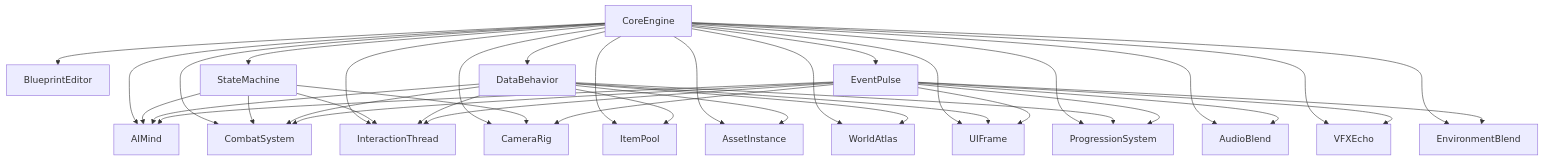
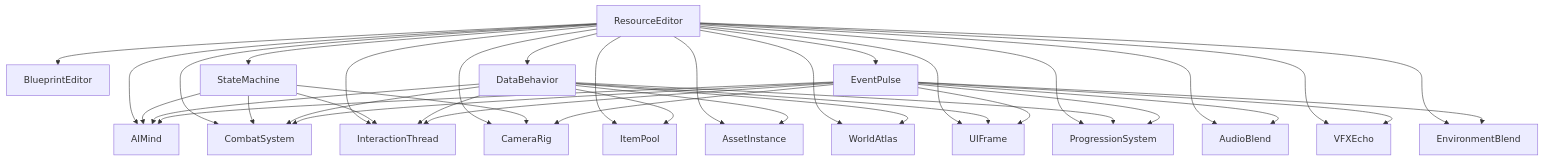
One commit to Cafe-GameDev/CafeEngine changed the diagram in PluginsList.md. Above: the diagram before and after it, drawn with Mermaid. The commit also changed other lines of this file, not shown here.

````diff
--- a/PluginsList.md
+++ b/PluginsList.md
@@ -5,43 +5,43 @@
 ```mermaid
 graph TD
-    CoreEngine --> BlueprintEditor
-    CoreEngine --> StateMachine
-    CoreEngine --> DataBehavior
-    CoreEngine --> EventPulse
-    CoreEngine --> AudioBlend
-    CoreEngine --> VFXEcho
-    CoreEngine --> EnvironmentBlend
-    CoreEngine --> CameraRig
-    CoreEngine --> UIFrame
-    CoreEngine --> ProgressionSystem
-    CoreEngine --> AIMind
-    CoreEngine --> CombatSystem
-    CoreEngine --> InteractionThread
-    CoreEngine --> ItemPool
-    CoreEngine --> AssetInstance
-    CoreEngine --> WorldAtlas
+    ResourceEditor --> BlueprintEditor
+    ResourceEditor --> StateMachine
+    ResourceEditor --> DataBehavior
+    ResourceEditor --> EventPulse
+    ResourceEditor --> AudioBlend
+    ResourceEditor --> VFXEcho
+    ResourceEditor --> EnvironmentBlend
+    ResourceEditor --> CameraRig
+    ResourceEditor --> UIFrame
+    ResourceEditor --> ProgressionSystem
+    ResourceEditor --> AIMind
+    ResourceEditor --> CombatSystem
+    ResourceEditor --> InteractionThread
+    ResourceEditor --> ItemPool
+    ResourceEditor --> AssetInstance
+    ResourceEditor --> WorldAtlas
 
     StateMachine --> AIMind
     StateMachine --> CombatSystem
     StateMachine --> InteractionThread
     StateMachine --> CameraRig
 
     DataBehavior --> AIMind
     DataBehavior --> CombatSystem
     DataBehavior --> InteractionThread
     DataBehavior --> ItemPool
     DataBehavior --> AssetInstance
     DataBehavior --> WorldAtlas
     DataBehavior --> UIFrame
     DataBehavior --> ProgressionSystem
 
     EventPulse --> AudioBlend
     EventPulse --> VFXEcho
     EventPulse --> EnvironmentBlend
     EventPulse --> CameraRig
     EventPulse --> InteractionThread
     EventPulse --> CombatSystem
     EventPulse --> UIFrame
     EventPulse --> ProgressionSystem
     EventPulse --> AIMind
 ```
````
